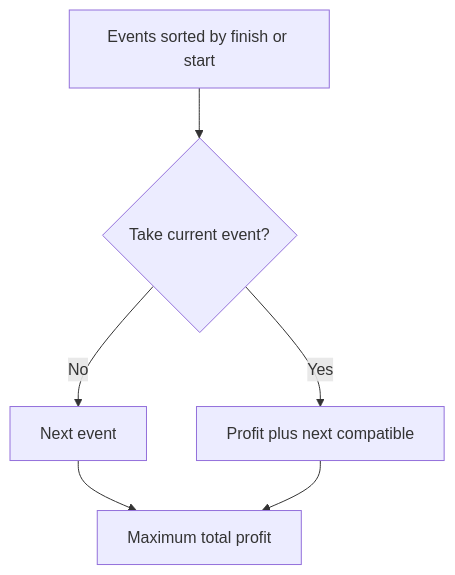
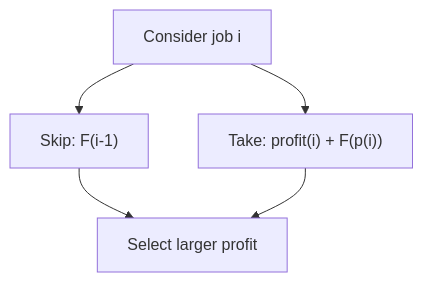
One commit to gaurav1kr/Miscellaneous changed the diagram in DSA/DP/DP_Mathematics_Master_Guide_Illustrated/Theory/Chapter-07.md. Above: the diagram before and after it, drawn with Mermaid. The commit also changed other lines of this file and 320 other files, not shown here.

````diff
--- a/DSA/DP/DP_Mathematics_Master_Guide_Illustrated/Theory/Chapter-07.md
+++ b/DSA/DP/DP_Mathematics_Master_Guide_Illustrated/Theory/Chapter-07.md
@@ -17,8 +25,7 @@
 ```mermaid
 flowchart TD
- A["Events sorted by finish or start"] --> B{"Take current event?"}
- B -->|No| C["Next event"]
- B -->|Yes| D["Profit plus next compatible"]
- C --> E["Maximum total profit"]
- D --> E
+ A["Consider job i"] --> B["Skip: F(i-1)"]
+ A --> C["Take: profit(i) + F(p(i))"]
+ B --> D["Select larger profit"]
+ C --> D
 ```
````
